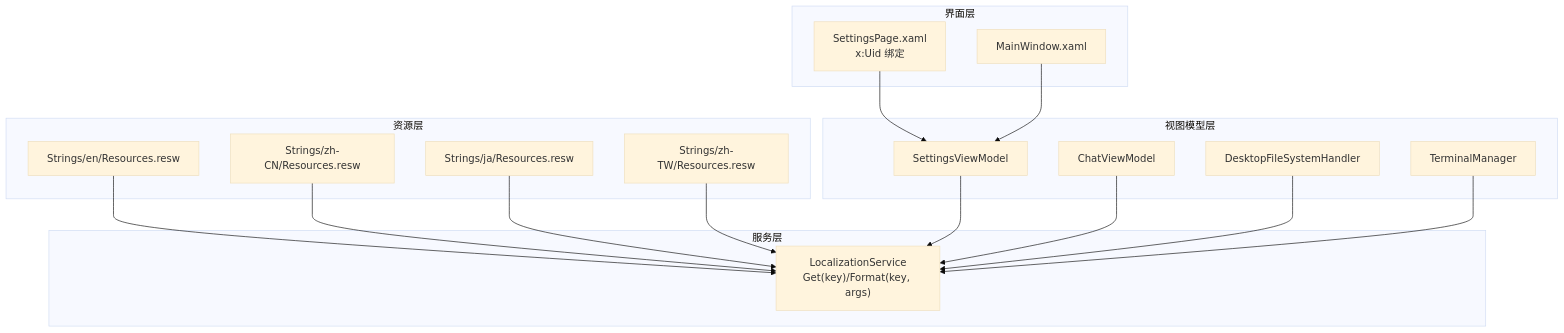
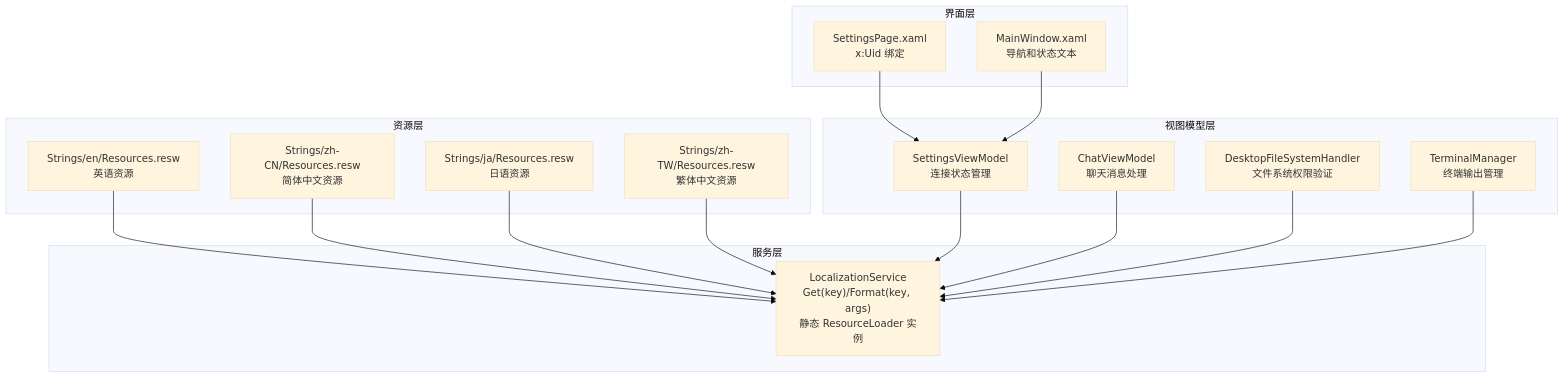
Before and after one commit to AgenticDesktop/App: the first of 4 diagrams in .qoder/repowiki/zh/content/服务层设计/国际化服务.md, drawn with Mermaid (base theme). The commit also changed other lines of this file and 108 other files, not shown here.

````diff
--- a/.qoder/repowiki/zh/content/服务层设计/国际化服务.md
+++ b/.qoder/repowiki/zh/content/服务层设计/国际化服务.md
@@ -38,32 +46,32 @@
 ```mermaid
 graph TB
 subgraph "资源层"
-EN["Strings/en/Resources.resw"]
-ZH_CN["Strings/zh-CN/Resources.resw"]
-JA["Strings/ja/Resources.resw"]
-ZH_TW["Strings/zh-TW/Resources.resw"]
+EN["Strings/en/Resources.resw<br/>英语资源"]
+ZH_CN["Strings/zh-CN/Resources.resw<br/>简体中文资源"]
+JA["Strings/ja/Resources.resw<br/>日语资源"]
+ZH_TW["Strings/zh-TW/Resources.resw<br/>繁体中文资源"]
 end
 subgraph "服务层"
-LS["LocalizationService<br/>Get(key)/Format(key, args)"]
+LS["LocalizationService<br/>Get(key)/Format(key, args)<br/>静态 ResourceLoader 实例"]
 end
 subgraph "视图模型层"
-SV["SettingsViewModel"]
-CV["ChatViewModel"]
-FFH["DesktopFileSystemHandler"]
-TM["TerminalManager"]
+SV["SettingsViewModel<br/>连接状态管理"]
+CV["ChatViewModel<br/>聊天消息处理"]
+FFH["DesktopFileSystemHandler<br/>文件系统权限验证"]
+TM["TerminalManager<br/>终端输出管理"]
 end
 subgraph "界面层"
 SPX["SettingsPage.xaml<br/>x:Uid 绑定"]
-MWX["MainWindow.xaml"]
+MWX["MainWindow.xaml<br/>导航和状态文本"]
 end
 EN --> LS
 ZH_CN --> LS
 JA --> LS
 ZH_TW --> LS
 SV --> LS
 CV --> LS
 FFH --> LS
 TM --> LS
 SPX --> SV
 MWX --> SV
 ```
````
